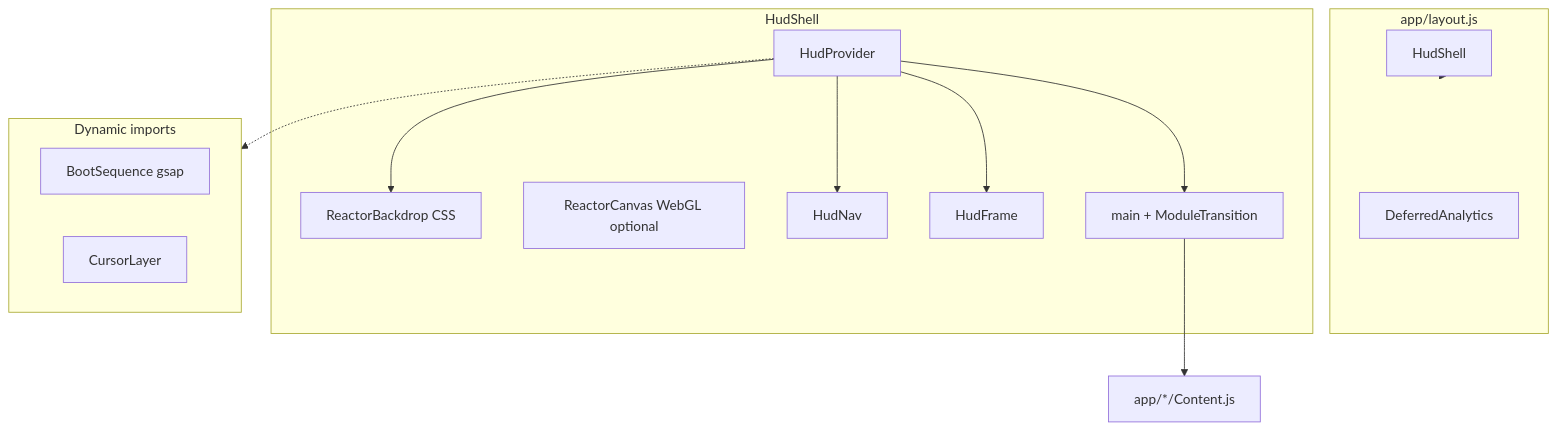
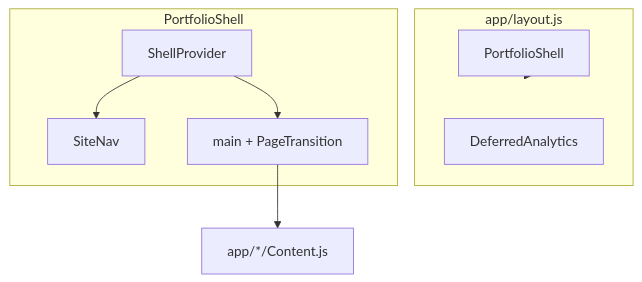
The diagram in docs/architecture.md (dineshkn-dev/portfolio-web), drawn with Mermaid before and after one commit. The commit also changed other lines of this file and 74 other files, not shown here.

Commit message:
refactor: replace complex HUD/Lenis infrastructure with a streamlined, lightweight PortfolioShell architecture

````diff
--- a/docs/architecture.md
+++ b/docs/architecture.md
@@ -5,29 +5,18 @@
 ```mermaid
 flowchart TB
     subgraph layout [app/layout.js]
-        Shell[HudShell]
+        Shell[PortfolioShell]
         Analytics[DeferredAnalytics]
     end
 
-    subgraph shell [HudShell]
-        Provider[HudProvider]
-        Backdrop[ReactorBackdrop CSS]
-        Canvas[ReactorCanvas WebGL optional]
-        Nav[HudNav]
-        Frame[HudFrame]
-        Main[main + ModuleTransition]
+    subgraph shell [PortfolioShell]
+        Provider[ShellProvider]
+        Nav[SiteNav]
+        Main[main + PageTransition]
     end
 
-    subgraph lazy [Dynamic imports]
-        Boot[BootSequence gsap]
-        Cursor[CursorLayer]
-    end
-
-    Provider --> Backdrop
     Provider --> Nav
-    Provider --> Frame
     Provider --> Main
-    Provider -.-> lazy
     Shell --> layout
     Main --> Pages[app/*/Content.js]
 ```
````
